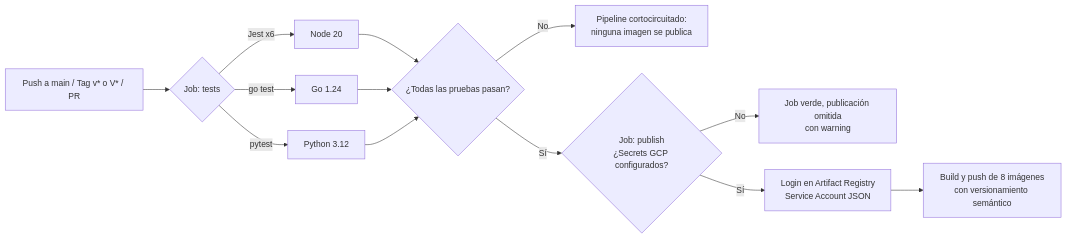
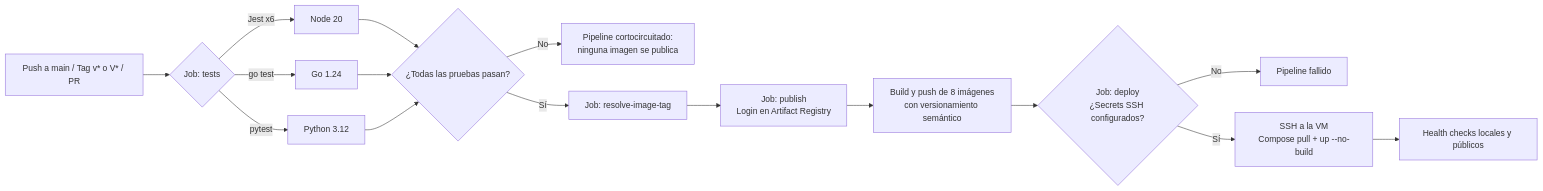
Before and after one commit to thanya-gate/SA_PROYECTO_202307691: the diagram in Documentacion/CI_CD.md, drawn with Mermaid. The commit also changed other lines of this file and 1 other file, not shown here.

````diff
--- a/Documentacion/CI_CD.md
+++ b/Documentacion/CI_CD.md
@@ -22,15 +26,18 @@
 ```mermaid
 flowchart LR
     A[Push a main / Tag v* o V* / PR] --> B{Job: tests}
     B -->|Jest x6| C[Node 20]
     B -->|go test| D[Go 1.24]
     B -->|pytest| E[Python 3.12]
     C --> F{¿Todas las pruebas pasan?}
     D --> F
     E --> F
     F -->|No| G[Pipeline cortocircuitado:\nninguna imagen se publica]
-    F -->|Sí| H{Job: publish\n¿Secrets GCP configurados?}
-    H -->|No| I[Job verde, publicación omitida\ncon warning]
-    H -->|Sí| J[Login en Artifact Registry\nService Account JSON]
-    J --> K[Build y push de 8 imágenes\ncon versionamiento semántico]
+    F -->|Sí| H[Job: resolve-image-tag]
+    H --> I[Job: publish\nLogin en Artifact Registry]
+    I --> J[Build y push de 8 imágenes\ncon versionamiento semántico]
+    J --> K{Job: deploy\n¿Secrets SSH configurados?}
+    K -->|No| L[Pipeline fallido]
+    K -->|Sí| M[SSH a la VM\nCompose pull + up --no-build]
+    M --> N[Health checks locales y públicos]
 ```
````
